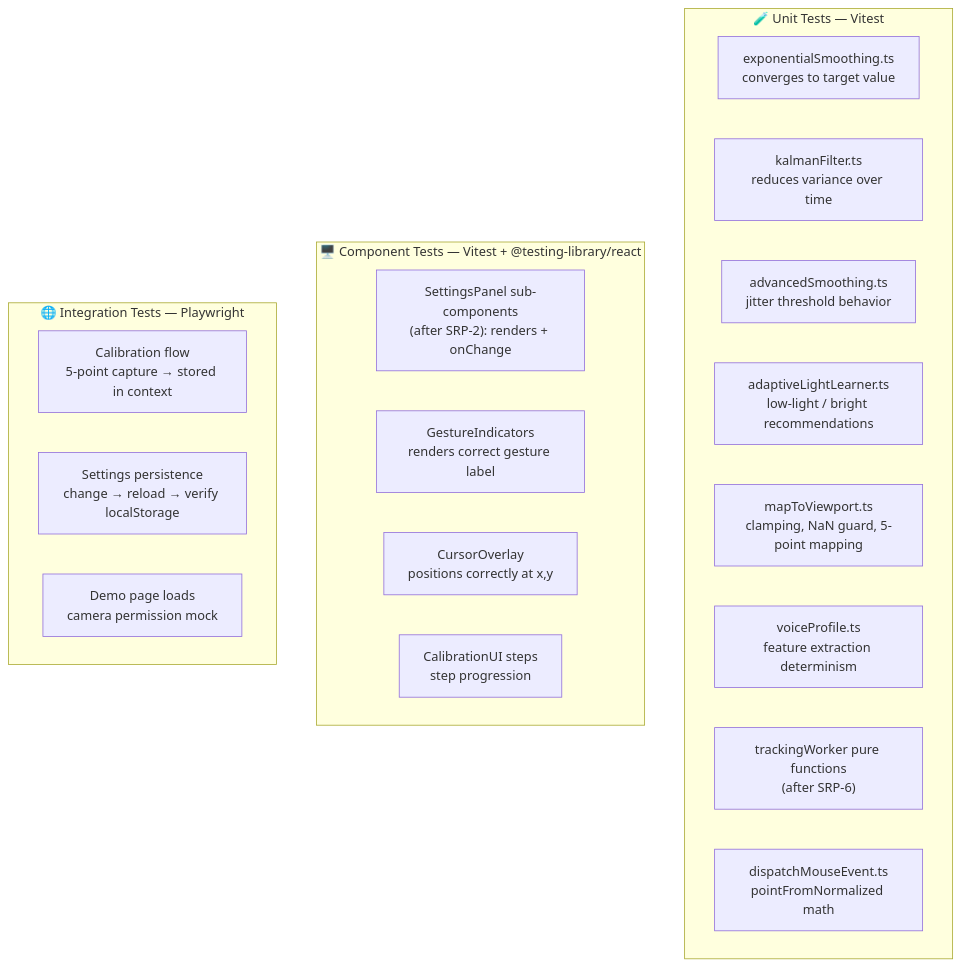
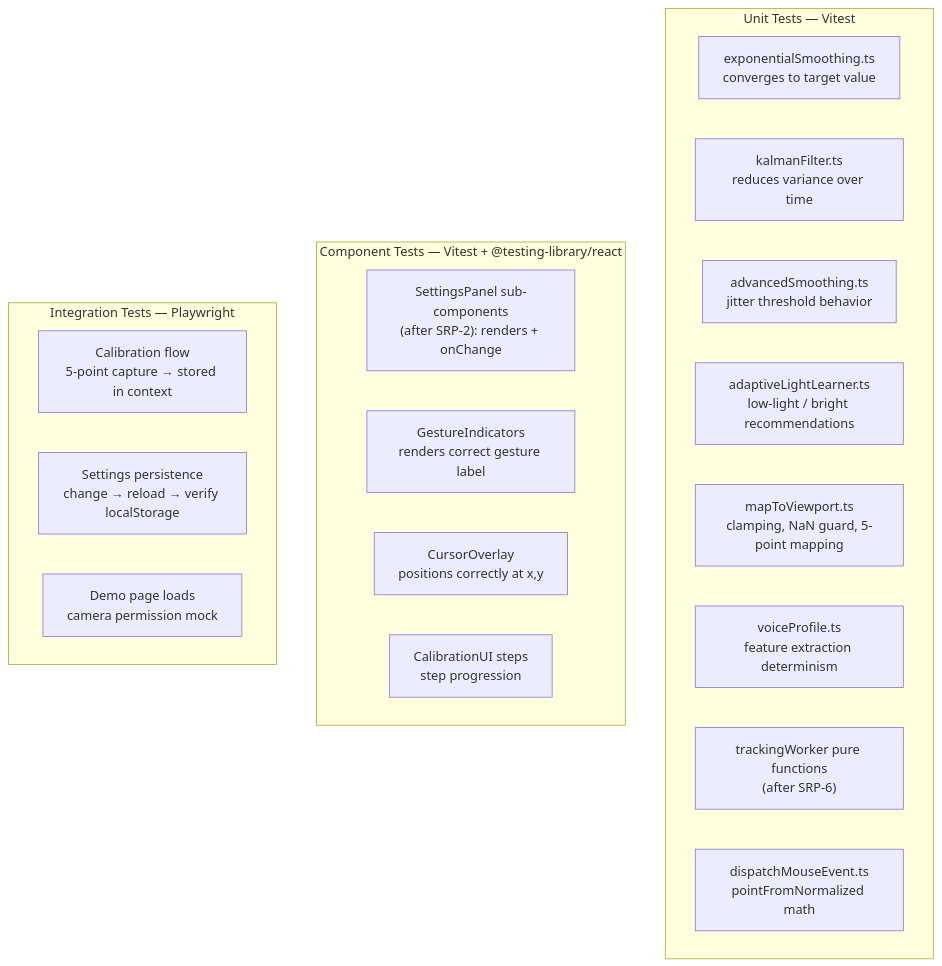
The second of 2 diagrams in .github/ISSUE_TEMPLATE/next-1-automated-tests.md (aadibhat09/NodCursor), drawn with Mermaid before and after one commit. The commit also changed other lines of this file and 17 other files, not shown here.

````diff
--- a/.github/ISSUE_TEMPLATE/next-1-automated-tests.md
+++ b/.github/ISSUE_TEMPLATE/next-1-automated-tests.md
@@ -36,26 +36,26 @@
 ```mermaid
 flowchart TD
-  subgraph Unit["🧪 Unit Tests — Vitest"]
+  subgraph Unit[" Unit Tests — Vitest"]
     U1["exponentialSmoothing.ts\nconverges to target value"]
     U2["kalmanFilter.ts\nreduces variance over time"]
     U3["advancedSmoothing.ts\njitter threshold behavior"]
     U4["adaptiveLightLearner.ts\nlow-light / bright recommendations"]
     U5["mapToViewport.ts\nclamping, NaN guard, 5-point mapping"]
     U6["voiceProfile.ts\nfeature extraction determinism"]
     U7["trackingWorker pure functions\n(after SRP-6)"]
     U8["dispatchMouseEvent.ts\npointFromNormalized math"]
   end
 
-  subgraph Component["🖥️ Component Tests — Vitest + @testing-library/react"]
+  subgraph Component[" Component Tests — Vitest + @testing-library/react"]
     C1["SettingsPanel sub-components\n(after SRP-2): renders + onChange"]
     C2["GestureIndicators\nrenders correct gesture label"]
     C3["CursorOverlay\npositions correctly at x,y"]
     C4["CalibrationUI steps\nstep progression"]
   end
 
-  subgraph Integration["🌐 Integration Tests — Playwright"]
+  subgraph Integration[" Integration Tests — Playwright"]
     I1["Calibration flow\n5-point capture → stored in context"]
     I2["Settings persistence\nchange → reload → verify localStorage"]
     I3["Demo page loads\ncamera permission mock"]
   end
 ```
````
